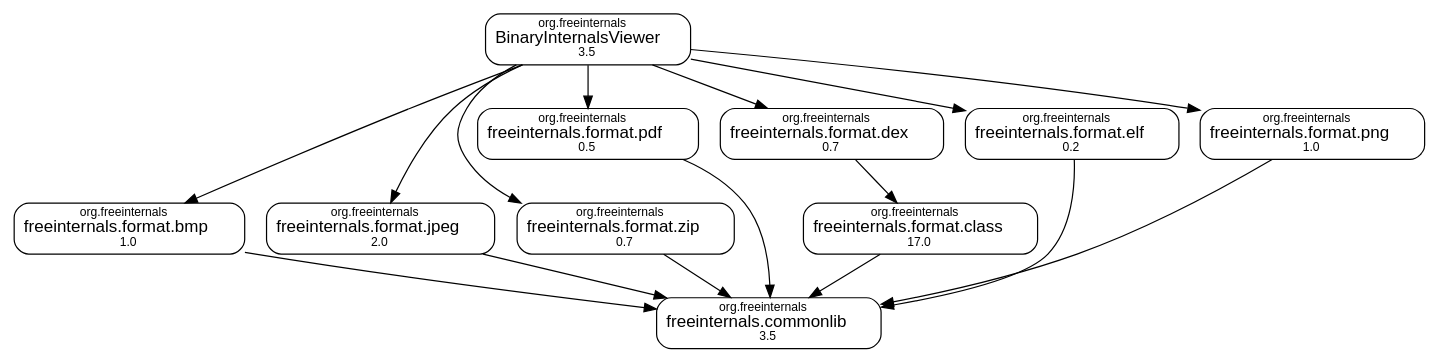
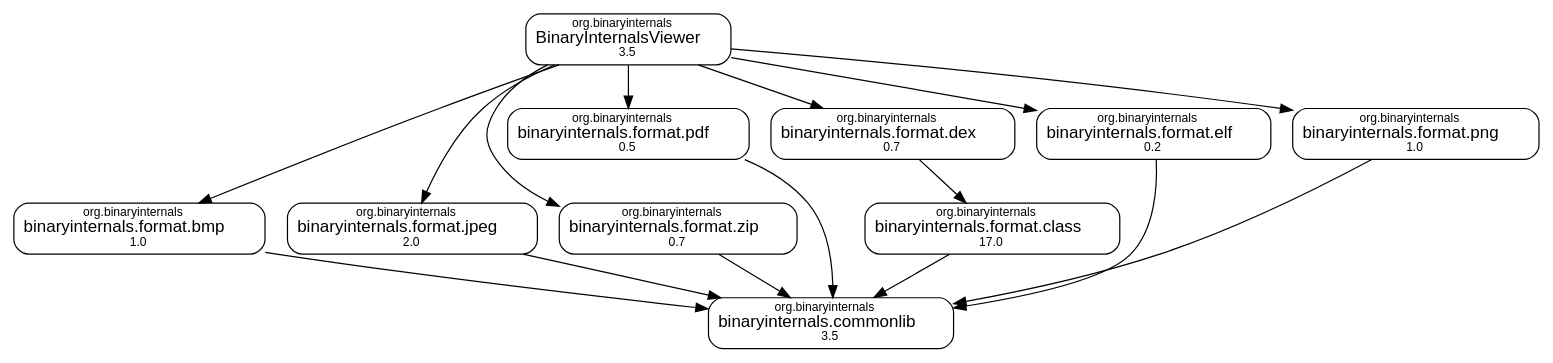
Before and after one commit to amosshi/binaryinternals: the diagram in docs/dependency-graph.dot, drawn with Graphviz. The commit also changed 755 other files, not shown here.

Commit message:
#16 Rename to Binary Internals

```diff
--- a/docs/dependency-graph.dot
+++ b/docs/dependency-graph.dot
@@ -1,33 +1,33 @@
-digraph "freeinternals" {
+digraph "binaryinternals" {
   node [shape="box",style="rounded",fontname="Helvetica",fontsize="14"]
   edge [fontsize="10",fontname="Helvetica"]
 
   // Node Definitions:
-  "org.freeinternals:freeinternals.format.class:jar:compile"[label=<<font point-size="10">org.freeinternals</font><br/>freeinternals.format.class<font point-size="10"><br/>17.0</font>>]
-  "org.freeinternals:freeinternals.commonlib:jar:compile"[label=<<font point-size="10">org.freeinternals</font><br/>freeinternals.commonlib<font point-size="10"><br/>3.5</font>>]
-  "org.freeinternals:freeinternals.format.bmp:jar:compile"[label=<<font point-size="10">org.freeinternals</font><br/>freeinternals.format.bmp<font point-size="10"><br/>1.0</font>>]
-  "org.freeinternals:freeinternals.format.jpeg:jar:compile"[label=<<font point-size="10">org.freeinternals</font><br/>freeinternals.format.jpeg<font point-size="10"><br/>2.0</font>>]
-  "org.freeinternals:freeinternals.format.zip:jar:compile"[label=<<font point-size="10">org.freeinternals</font><br/>freeinternals.format.zip<font point-size="10"><br/>0.7</font>>]
-  "org.freeinternals:freeinternals.format.pdf:jar:compile"[label=<<font point-size="10">org.freeinternals</font><br/>freeinternals.format.pdf<font point-size="10"><br/>0.5</font>>]
-  "org.freeinternals:freeinternals.format.dex:jar:compile"[label=<<font point-size="10">org.freeinternals</font><br/>freeinternals.format.dex<font point-size="10"><br/>0.7</font>>]
-  "org.freeinternals:freeinternals.format.elf:jar:compile"[label=<<font point-size="10">org.freeinternals</font><br/>freeinternals.format.elf<font point-size="10"><br/>0.2</font>>]
-  "org.freeinternals:freeinternals.format.png:jar:compile"[label=<<font point-size="10">org.freeinternals</font><br/>freeinternals.format.png<font point-size="10"><br/>1.0</font>>]
-  "org.freeinternals:BinaryInternalsViewer:jar:compile"[label=<<font point-size="10">org.freeinternals</font><br/>BinaryInternalsViewer<font point-size="10"><br/>3.5</font>>]
+  "org.binaryinternals:binaryinternals.format.class:jar:compile"[label=<<font point-size="10">org.binaryinternals</font><br/>binaryinternals.format.class<font point-size="10"><br/>17.0</font>>]
+  "org.binaryinternals:binaryinternals.commonlib:jar:compile"[label=<<font point-size="10">org.binaryinternals</font><br/>binaryinternals.commonlib<font point-size="10"><br/>3.5</font>>]
+  "org.binaryinternals:binaryinternals.format.bmp:jar:compile"[label=<<font point-size="10">org.binaryinternals</font><br/>binaryinternals.format.bmp<font point-size="10"><br/>1.0</font>>]
+  "org.binaryinternals:binaryinternals.format.jpeg:jar:compile"[label=<<font point-size="10">org.binaryinternals</font><br/>binaryinternals.format.jpeg<font point-size="10"><br/>2.0</font>>]
+  "org.binaryinternals:binaryinternals.format.zip:jar:compile"[label=<<font point-size="10">org.binaryinternals</font><br/>binaryinternals.format.zip<font point-size="10"><br/>0.7</font>>]
+  "org.binaryinternals:binaryinternals.format.pdf:jar:compile"[label=<<font point-size="10">org.binaryinternals</font><br/>binaryinternals.format.pdf<font point-size="10"><br/>0.5</font>>]
+  "org.binaryinternals:binaryinternals.format.dex:jar:compile"[label=<<font point-size="10">org.binaryinternals</font><br/>binaryinternals.format.dex<font point-size="10"><br/>0.7</font>>]
+  "org.binaryinternals:binaryinternals.format.elf:jar:compile"[label=<<font point-size="10">org.binaryinternals</font><br/>binaryinternals.format.elf<font point-size="10"><br/>0.2</font>>]
+  "org.binaryinternals:binaryinternals.format.png:jar:compile"[label=<<font point-size="10">org.binaryinternals</font><br/>binaryinternals.format.png<font point-size="10"><br/>1.0</font>>]
+  "org.binaryinternals:BinaryInternalsViewer:jar:compile"[label=<<font point-size="10">org.binaryinternals</font><br/>BinaryInternalsViewer<font point-size="10"><br/>3.5</font>>]
 
   // Edge Definitions:
-  "org.freeinternals:freeinternals.format.class:jar:compile" -> "org.freeinternals:freeinternals.commonlib:jar:compile"
-  "org.freeinternals:freeinternals.format.bmp:jar:compile" -> "org.freeinternals:freeinternals.commonlib:jar:compile"
-  "org.freeinternals:freeinternals.format.jpeg:jar:compile" -> "org.freeinternals:freeinternals.commonlib:jar:compile"
-  "org.freeinternals:freeinternals.format.zip:jar:compile" -> "org.freeinternals:freeinternals.commonlib:jar:compile"
-  "org.freeinternals:freeinternals.format.pdf:jar:compile" -> "org.freeinternals:freeinternals.commonlib:jar:compile"
-  "org.freeinternals:freeinternals.format.dex:jar:compile" -> "org.freeinternals:freeinternals.format.class:jar:compile"
-  "org.freeinternals:freeinternals.format.elf:jar:compile" -> "org.freeinternals:freeinternals.commonlib:jar:compile"
-  "org.freeinternals:freeinternals.format.png:jar:compile" -> "org.freeinternals:freeinternals.commonlib:jar:compile"
-  "org.freeinternals:BinaryInternalsViewer:jar:compile" -> "org.freeinternals:freeinternals.format.bmp:jar:compile"
-  "org.freeinternals:BinaryInternalsViewer:jar:compile" -> "org.freeinternals:freeinternals.format.jpeg:jar:compile"
-  "org.freeinternals:BinaryInternalsViewer:jar:compile" -> "org.freeinternals:freeinternals.format.zip:jar:compile"
-  "org.freeinternals:BinaryInternalsViewer:jar:compile" -> "org.freeinternals:freeinternals.format.pdf:jar:compile"
-  "org.freeinternals:BinaryInternalsViewer:jar:compile" -> "org.freeinternals:freeinternals.format.dex:jar:compile"
-  "org.freeinternals:BinaryInternalsViewer:jar:compile" -> "org.freeinternals:freeinternals.format.elf:jar:compile"
-  "org.freeinternals:BinaryInternalsViewer:jar:compile" -> "org.freeinternals:freeinternals.format.png:jar:compile"
+  "org.binaryinternals:binaryinternals.format.class:jar:compile" -> "org.binaryinternals:binaryinternals.commonlib:jar:compile"
+  "org.binaryinternals:binaryinternals.format.bmp:jar:compile" -> "org.binaryinternals:binaryinternals.commonlib:jar:compile"
+  "org.binaryinternals:binaryinternals.format.jpeg:jar:compile" -> "org.binaryinternals:binaryinternals.commonlib:jar:compile"
+  "org.binaryinternals:binaryinternals.format.zip:jar:compile" -> "org.binaryinternals:binaryinternals.commonlib:jar:compile"
+  "org.binaryinternals:binaryinternals.format.pdf:jar:compile" -> "org.binaryinternals:binaryinternals.commonlib:jar:compile"
+  "org.binaryinternals:binaryinternals.format.dex:jar:compile" -> "org.binaryinternals:binaryinternals.format.class:jar:compile"
+  "org.binaryinternals:binaryinternals.format.elf:jar:compile" -> "org.binaryinternals:binaryinternals.commonlib:jar:compile"
+  "org.binaryinternals:binaryinternals.format.png:jar:compile" -> "org.binaryinternals:binaryinternals.commonlib:jar:compile"
+  "org.binaryinternals:BinaryInternalsViewer:jar:compile" -> "org.binaryinternals:binaryinternals.format.bmp:jar:compile"
+  "org.binaryinternals:BinaryInternalsViewer:jar:compile" -> "org.binaryinternals:binaryinternals.format.jpeg:jar:compile"
+  "org.binaryinternals:BinaryInternalsViewer:jar:compile" -> "org.binaryinternals:binaryinternals.format.zip:jar:compile"
+  "org.binaryinternals:BinaryInternalsViewer:jar:compile" -> "org.binaryinternals:binaryinternals.format.pdf:jar:compile"
+  "org.binaryinternals:BinaryInternalsViewer:jar:compile" -> "org.binaryinternals:binaryinternals.format.dex:jar:compile"
+  "org.binaryinternals:BinaryInternalsViewer:jar:compile" -> "org.binaryinternals:binaryinternals.format.elf:jar:compile"
+  "org.binaryinternals:BinaryInternalsViewer:jar:compile" -> "org.binaryinternals:binaryinternals.format.png:jar:compile"
 }
```
